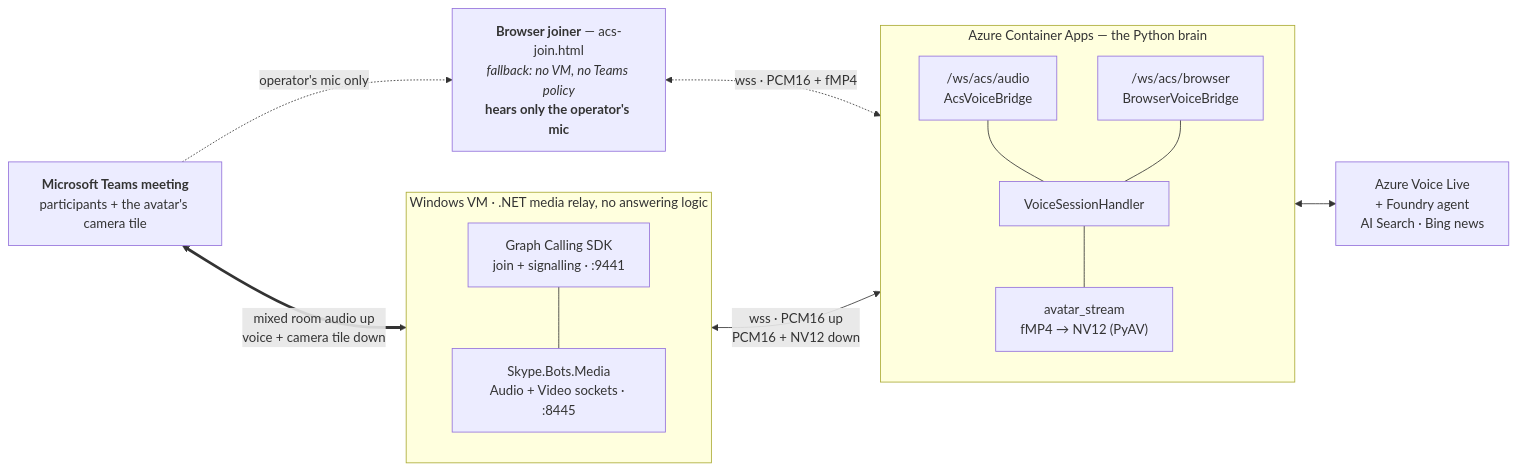
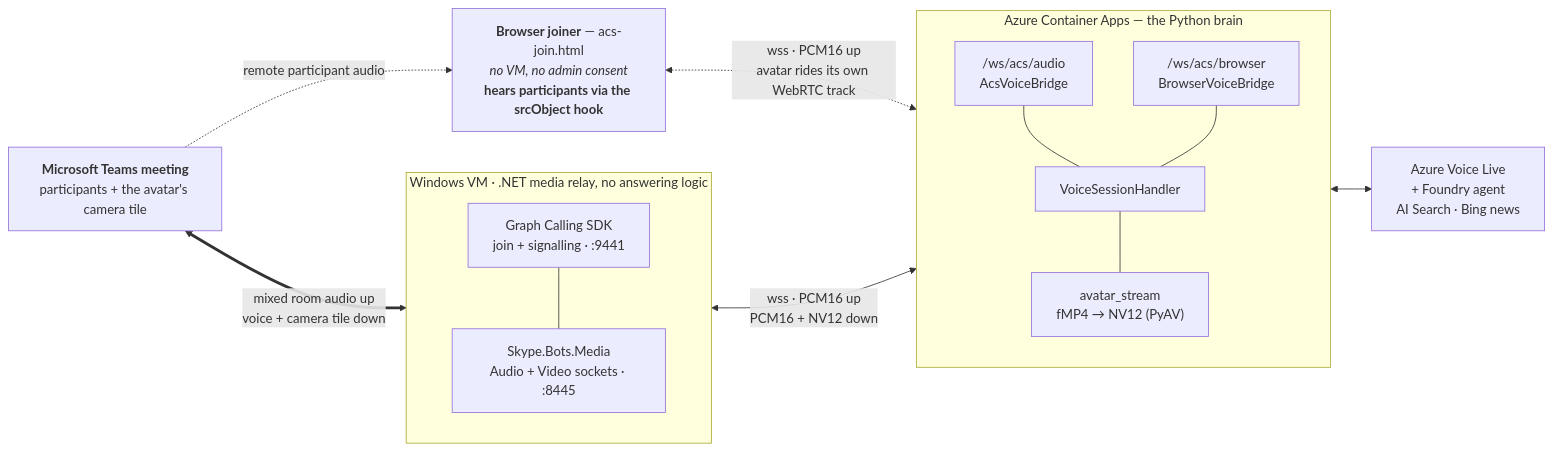
Before and after one commit to SridharArrabelly/avatar-forge: the diagram in docs/channels/c-in-call-media-bot.md, drawn with Mermaid. The commit also changed other lines of this file and 50 other files, not shown here.

First line of the commit message:
Make the in-call browser joiner hear the room, share the web app's pipeline, and raise the infra defaults (#88)

````diff
--- a/docs/channels/c-in-call-media-bot.md
+++ b/docs/channels/c-in-call-media-bot.md
@@ -32,32 +32,32 @@
 ```mermaid
 flowchart LR
     MT["<b>Microsoft Teams meeting</b><br/>participants + the avatar's camera tile"]
 
     subgraph VM["Windows VM · .NET media relay, no answering logic"]
         direction TB
         SIG["Graph Calling SDK<br/>join + signalling · :9441"]
         MED["Skype.Bots.Media<br/>Audio + Video sockets · :8445"]
         SIG --- MED
     end
 
     subgraph ACA["Azure Container Apps — the Python brain"]
         direction TB
         WSA["/ws/acs/audio<br/>AcsVoiceBridge"]
         WSB["/ws/acs/browser<br/>BrowserVoiceBridge"]
         VH["VoiceSessionHandler"]
         DEC["avatar_stream<br/>fMP4 → NV12 (PyAV)"]
         WSA --- VH
         WSB --- VH
         VH --- DEC
     end
 
     CORE["Azure Voice Live<br/>+ Foundry agent<br/>AI Search · Bing news"]
 
     MT <== "mixed room audio up<br/>voice + camera tile down" ==> MED
     MED <-- "wss · PCM16 up<br/>PCM16 + NV12 down" --> WSA
     VH <--> CORE
 
-    BRJ["<b>Browser joiner</b> — acs-join.html<br/><i>fallback: no VM, no Teams policy</i><br/><b>hears only the operator's mic</b>"]
-    MT -. "operator's mic only" .-> BRJ
-    BRJ <-. "wss · PCM16 + fMP4" .-> WSB
+    BRJ["<b>Browser joiner</b> — acs-join.html<br/><i>no VM, no admin consent</i><br/><b>hears participants via the srcObject hook</b>"]
+    MT -. "remote participant audio" .-> BRJ
+    BRJ <-. "wss · PCM16 up<br/>avatar rides its own WebRTC track" .-> WSB
 ```
````
